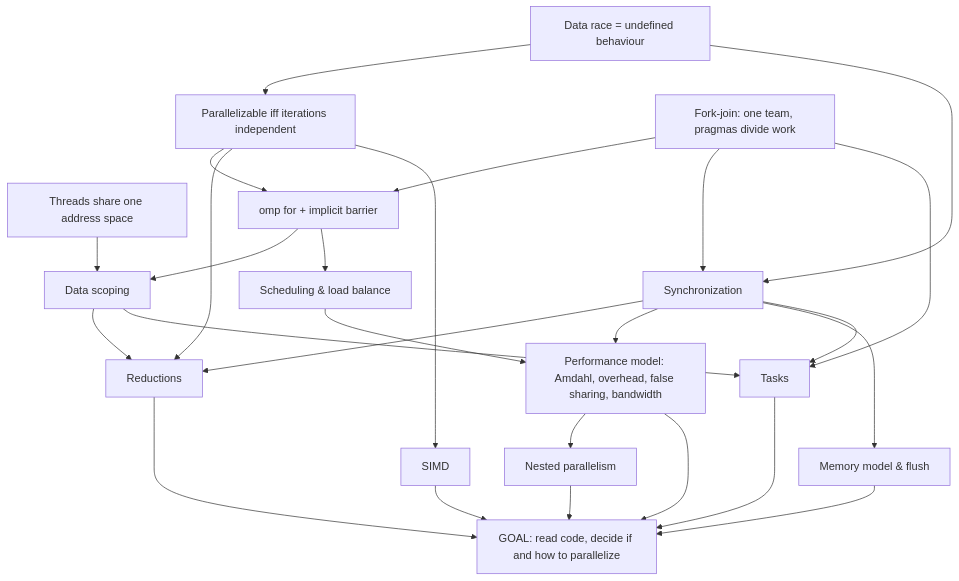
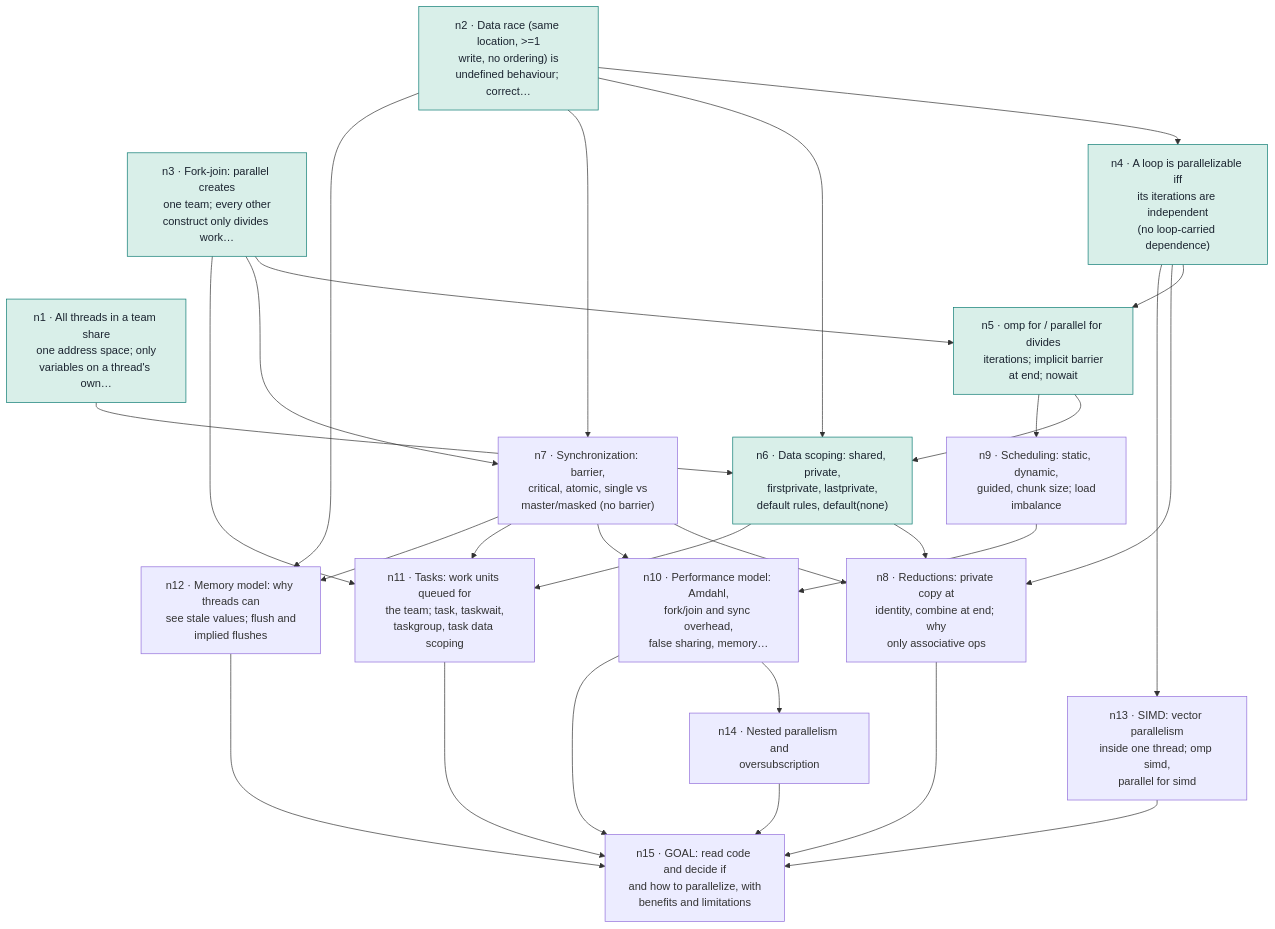
The diagram in state/progress.md (HansHjermundrud/LearningforLunch), drawn with Mermaid before and after one commit. The commit also changed other lines of this file and 10 other files, not shown here.

First line of the commit message:
Lesson state after OpenMP session 2 (n6 done, scoping-fix exercise graded)

````diff
--- a/state/progress.md
+++ b/state/progress.md
@@ -32,28 +32,49 @@
 ```mermaid
 graph TD
-  n1[Threads share one address space] --> n6
-  n2[Data race = undefined behaviour] --> n4
-  n3[Fork-join: one team, pragmas divide work] --> n5
-  n4[Parallelizable iff iterations independent] --> n5
-  n5[omp for + implicit barrier] --> n6
+  n1["n1 · All threads in a team share<br>one address space; only<br>variables on a thread's own…"]
+  n2["n2 · Data race (same location, >=1<br>write, no ordering) is<br>undefined behaviour; correct…"]
+  n3["n3 · Fork-join: parallel creates<br>one team; every other<br>construct only divides work…"]
+  n4["n4 · A loop is parallelizable iff<br>its iterations are independent<br>(no loop-carried dependence)"]
+  n5["n5 · omp for / parallel for divides<br>iterations; implicit barrier<br>at end; nowait"]
+  n6["n6 · Data scoping: shared, private,<br>firstprivate, lastprivate,<br>default rules, default(none)"]
+  n7["n7 · Synchronization: barrier,<br>critical, atomic, single vs<br>master/masked (no barrier)"]
+  n8["n8 · Reductions: private copy at<br>identity, combine at end; why<br>only associative ops"]
+  n9["n9 · Scheduling: static, dynamic,<br>guided, chunk size; load<br>imbalance"]
+  n10["n10 · Performance model: Amdahl,<br>fork/join and sync overhead,<br>false sharing, memory…"]
+  n11["n11 · Tasks: work units queued for<br>the team; task, taskwait,<br>taskgroup, task data scoping"]
+  n12["n12 · Memory model: why threads can<br>see stale values; flush and<br>implied flushes"]
+  n13["n13 · SIMD: vector parallelism<br>inside one thread; omp simd,<br>parallel for simd"]
+  n14["n14 · Nested parallelism and<br>oversubscription"]
+  n15["n15 · GOAL: read code and decide if<br>and how to parallelize, with<br>benefits and limitations"]
+  n2 --> n4
+  n3 --> n5
+  n4 --> n5
+  n1 --> n6
+  n2 --> n6
+  n5 --> n6
   n2 --> n7
   n3 --> n7
-  n6[Data scoping] --> n8
-  n7[Synchronization] --> n8
   n4 --> n8
-  n8[Reductions] --> n15
-  n5 --> n9[Scheduling & load balance]
-  n9 --> n10[Performance model: Amdahl, overhead, false sharing, bandwidth]
+  n6 --> n8
+  n7 --> n8
+  n5 --> n9
   n7 --> n10
-  n7 --> n12[Memory model & flush]
-  n3 --> n11[Tasks]
+  n9 --> n10
+  n3 --> n11
   n6 --> n11
   n7 --> n11
-  n4 --> n13[SIMD]
-  n10 --> n14[Nested parallelism]
+  n2 --> n12
+  n7 --> n12
+  n4 --> n13
+  n10 --> n14
+  n8 --> n15
   n10 --> n15
   n11 --> n15
   n12 --> n15
   n13 --> n15
-  n14 --> n15[GOAL: read code, decide if and how to parallelize]
+  n14 --> n15
+  classDef done fill:#d9efe9,stroke:#0e7c74,color:#1b2430
+  classDef shaky fill:#fbe9d7,stroke:#b9600a,color:#1b2430
+  classDef current fill:#fff4c2,stroke:#b8860b,stroke-width:2px,color:#1b2430
+  class n1,n2,n3,n4,n5,n6 done
 ```
````
